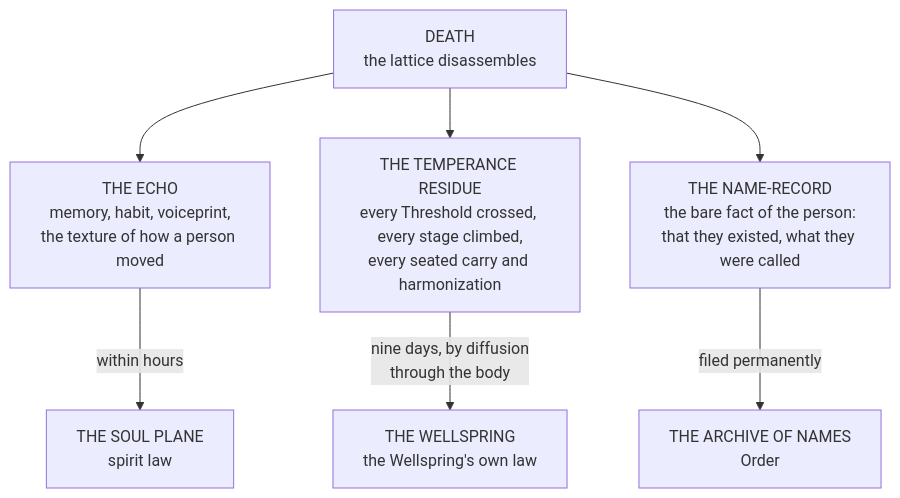
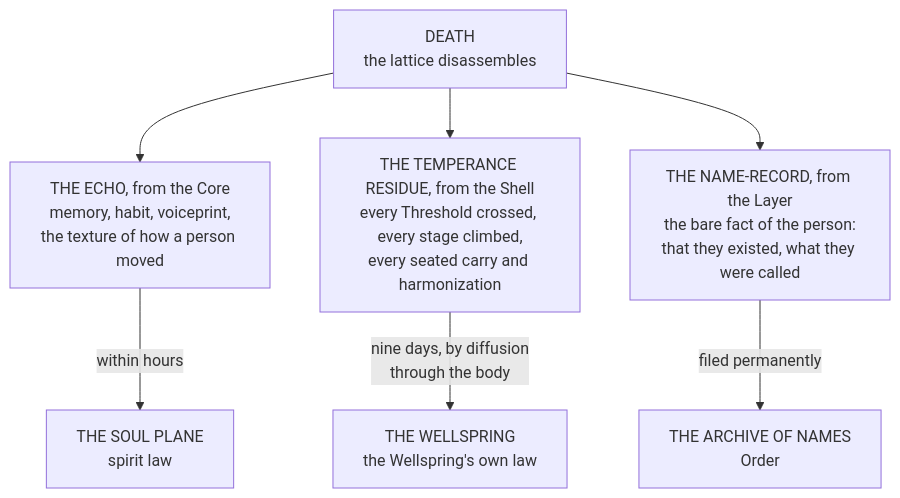
One commit to vispotvision/wotr-rule-index changed the diagram in wiki/The War Cycle/The Wounded and the Dead/The Crossing.md. Above: the diagram before and after it, drawn with Mermaid. The commit also changed other lines of this file and 57 other files, not shown here.

````diff
--- a/wiki/The War Cycle/The Wounded and the Dead/The Crossing.md
+++ b/wiki/The War Cycle/The Wounded and the Dead/The Crossing.md
@@ -23,10 +25,10 @@
 ```mermaid
 flowchart TD
     D["DEATH<br>the lattice disassembles"]
-    D --> E["THE ECHO<br>memory, habit, voiceprint,<br>the texture of how a person moved"]
-    D --> T["THE TEMPERANCE RESIDUE<br>every Threshold crossed, every stage climbed,<br>every seated carry and harmonization"]
-    D --> N["THE NAME-RECORD<br>the bare fact of the person:<br>that they existed, what they were called"]
+    D --> E["THE ECHO, from the Core<br>memory, habit, voiceprint,<br>the texture of how a person moved"]
+    D --> T["THE TEMPERANCE RESIDUE, from the Shell<br>every Threshold crossed, every stage climbed,<br>every seated carry and harmonization"]
+    D --> N["THE NAME-RECORD, from the Layer<br>the bare fact of the person:<br>that they existed, what they were called"]
     E -->|"within hours"| SP["THE SOUL PLANE<br>spirit law"]
     T -->|"nine days, by diffusion<br>through the body"| W["THE WELLSPRING<br>the Wellspring's own law"]
     N -->|"filed permanently"| A["THE ARCHIVE OF NAMES<br>Order"]
 ```
````
